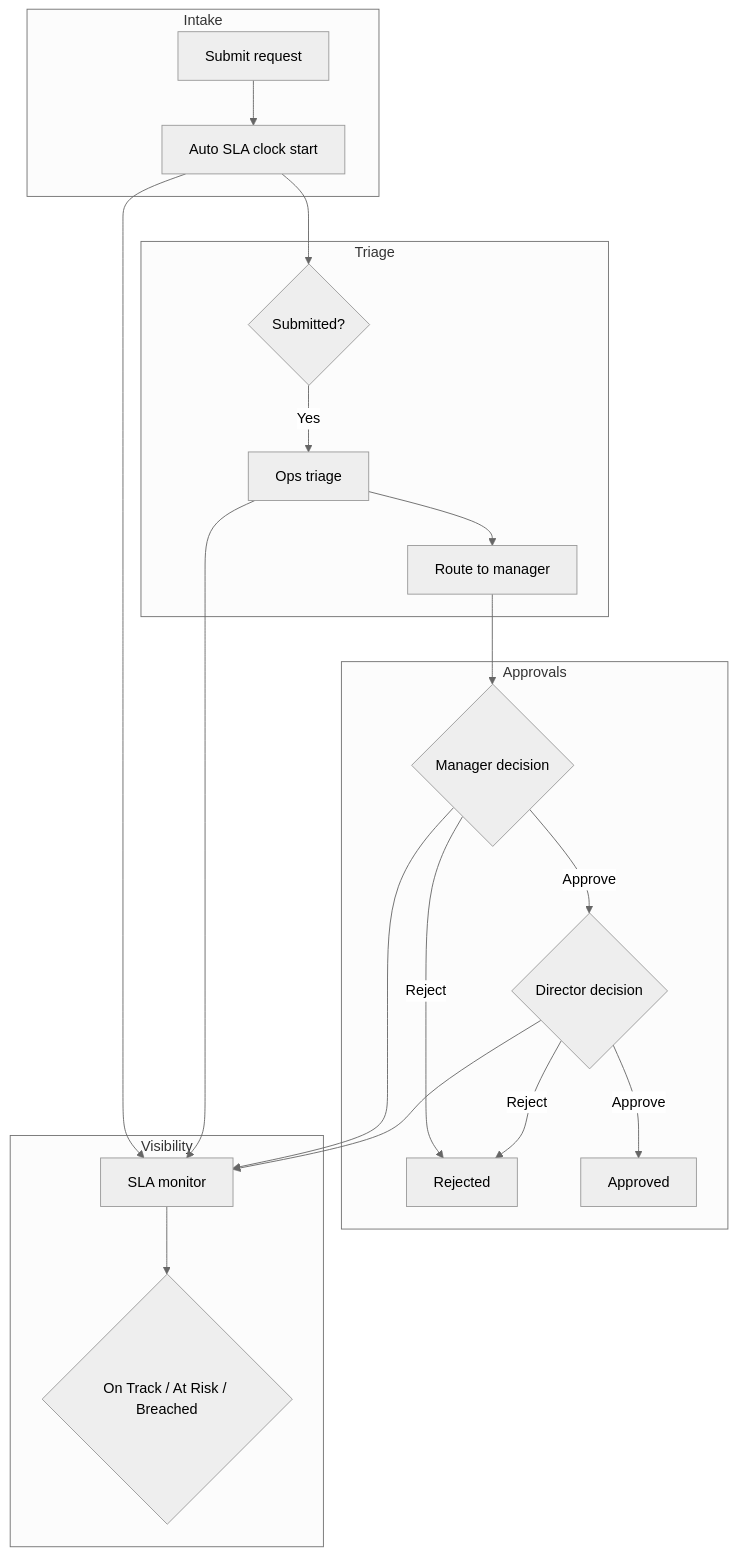
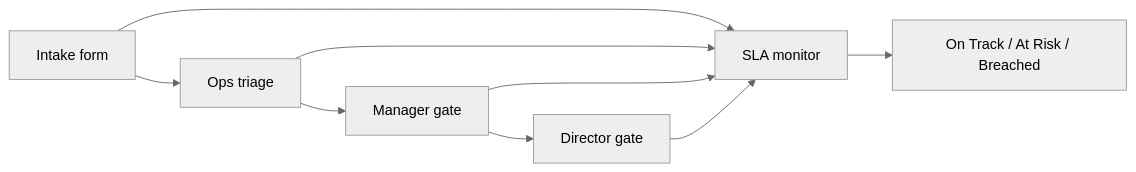
Before and after one commit to jah-guide/flowgate: the second of 2 diagrams in docs/05-process-as-is-to-be.md, drawn with Mermaid (neutral theme). The commit also changed other lines of this file, not shown here.

Commit message:
docs: simplify as-is and to-be process diagrams

````diff
--- a/docs/05-process-as-is-to-be.md
+++ b/docs/05-process-as-is-to-be.md
@@ -38,28 +27,11 @@
 ```mermaid
-flowchart TB
-  subgraph Intake
-    A[Submit request] --> B[Auto SLA clock start]
-  end
-
-  subgraph Triage
-    B --> C{Submitted?}
-    C -->|Yes| D[Ops triage]
-    D --> E[Route to manager]
-  end
-
-  subgraph Approvals
-    E --> F{Manager decision}
-    F -->|Approve| G{Director decision}
-    F -->|Reject| X[Rejected]
-    G -->|Approve| Y[Approved]
-    G -->|Reject| X
-  end
-
-  subgraph Visibility
-    B --> H[SLA monitor]
-    D --> H
-    F --> H
-    G --> H
-    H --> I{On Track / At Risk / Breached}
-  end
+flowchart LR
+  I[Intake form] --> T[Ops triage]
+  T --> M[Manager gate]
+  M --> D[Director gate]
+  I --> SLA[SLA monitor]
+  T --> SLA
+  M --> SLA
+  D --> SLA
+  SLA --> V[On Track / At Risk / Breached]
 ```
````
